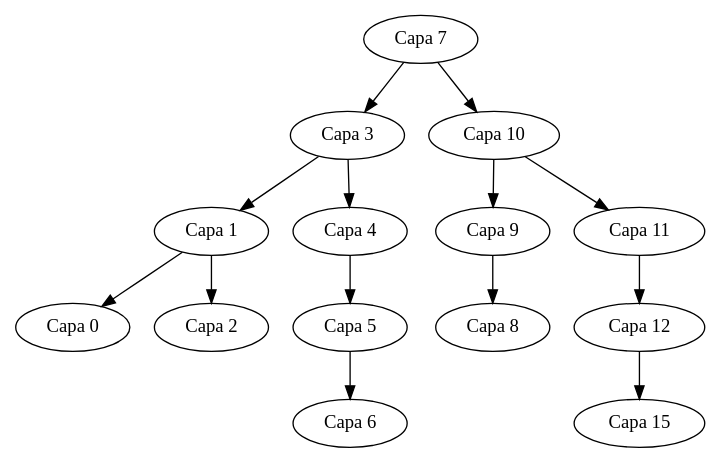
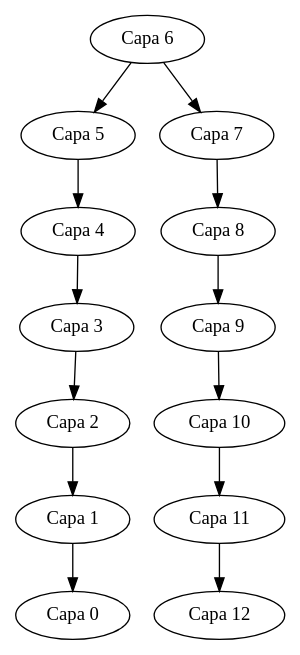
The diagram in dot/arbolABB.dot (C-FernandoSazo/EDD_PROYECTOF2_202202906), drawn with Graphviz before and after one commit. The commit also changed 27 other files, not shown here.

```diff
--- a/dot/arbolABB.dot
+++ b/dot/arbolABB.dot
@@ -1,29 +1,27 @@
  digraph capas {
-"Capa7" [label="Capa 7"]
-"Capa7" -> "Capa3"
+"Capa6" [label="Capa 6"]
+"Capa6" -> "Capa5"
+"Capa5" [label="Capa 5"]
+"Capa5" -> "Capa4"
+"Capa4" [label="Capa 4"]
+"Capa4" -> "Capa3"
 "Capa3" [label="Capa 3"]
-"Capa3" -> "Capa1"
+"Capa3" -> "Capa2"
+"Capa2" [label="Capa 2"]
+"Capa2" -> "Capa1"
 "Capa1" [label="Capa 1"]
 "Capa1" -> "Capa0"
 "Capa0" [label="Capa 0"]
-"Capa1" -> "Capa2"
-"Capa2" [label="Capa 2"]
-"Capa3" -> "Capa4"
-"Capa4" [label="Capa 4"]
-"Capa4" -> "Capa5"
-"Capa5" [label="Capa 5"]
-"Capa5" -> "Capa6"
-"Capa6" [label="Capa 6"]
-"Capa7" -> "Capa10"
+"Capa6" -> "Capa7"
+"Capa7" [label="Capa 7"]
+"Capa7" -> "Capa8"
+"Capa8" [label="Capa 8"]
+"Capa8" -> "Capa9"
+"Capa9" [label="Capa 9"]
+"Capa9" -> "Capa10"
 "Capa10" [label="Capa 10"]
-"Capa10" -> "Capa9"
-"Capa9" [label="Capa 9"]
-"Capa9" -> "Capa8"
-"Capa8" [label="Capa 8"]
 "Capa10" -> "Capa11"
 "Capa11" [label="Capa 11"]
 "Capa11" -> "Capa12"
 "Capa12" [label="Capa 12"]
-"Capa12" -> "Capa15"
-"Capa15" [label="Capa 15"]
  }
```
